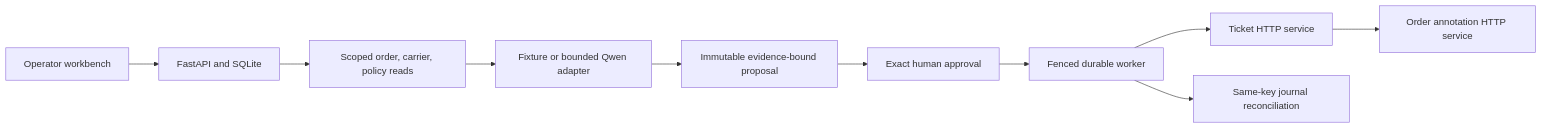
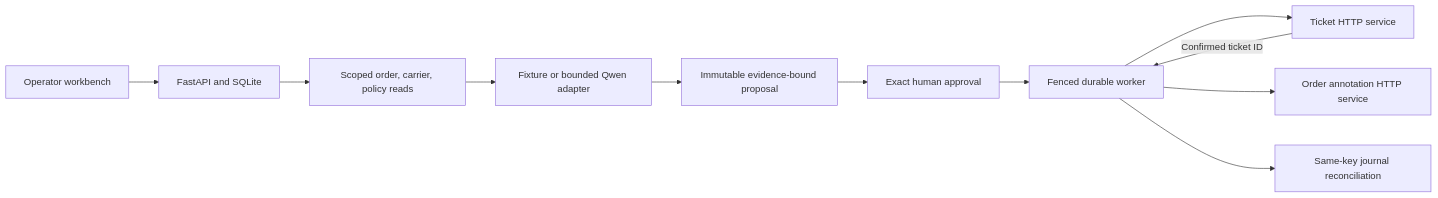
One commit to rbtbuilds/casework-agent changed the diagram in README.md. Above: the diagram before and after it, drawn with Mermaid. The commit also changed other lines of this file and 13 other files, not shown here.

````diff
--- a/README.md
+++ b/README.md
@@ -28,12 +32,13 @@
 ```mermaid
 flowchart LR
   UI[Operator workbench] --> API[FastAPI and SQLite]
   API --> Reads[Scoped order, carrier, policy reads]
   Reads --> Agent[Fixture or bounded Qwen adapter]
   Agent --> Proposal[Immutable evidence-bound proposal]
   Proposal --> Approval[Exact human approval]
   Approval --> Worker[Fenced durable worker]
   Worker --> Ticket[Ticket HTTP service]
-  Ticket --> Annotation[Order annotation HTTP service]
+  Worker --> Annotation[Order annotation HTTP service]
+  Ticket -- Confirmed ticket ID --> Worker
   Worker --> Journal[Same-key journal reconciliation]
 ```
````
